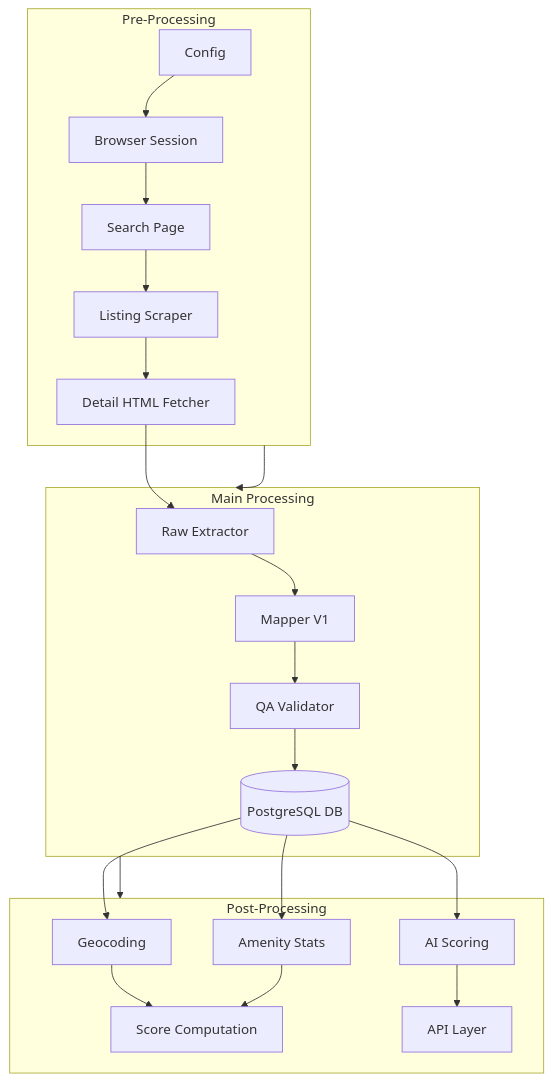
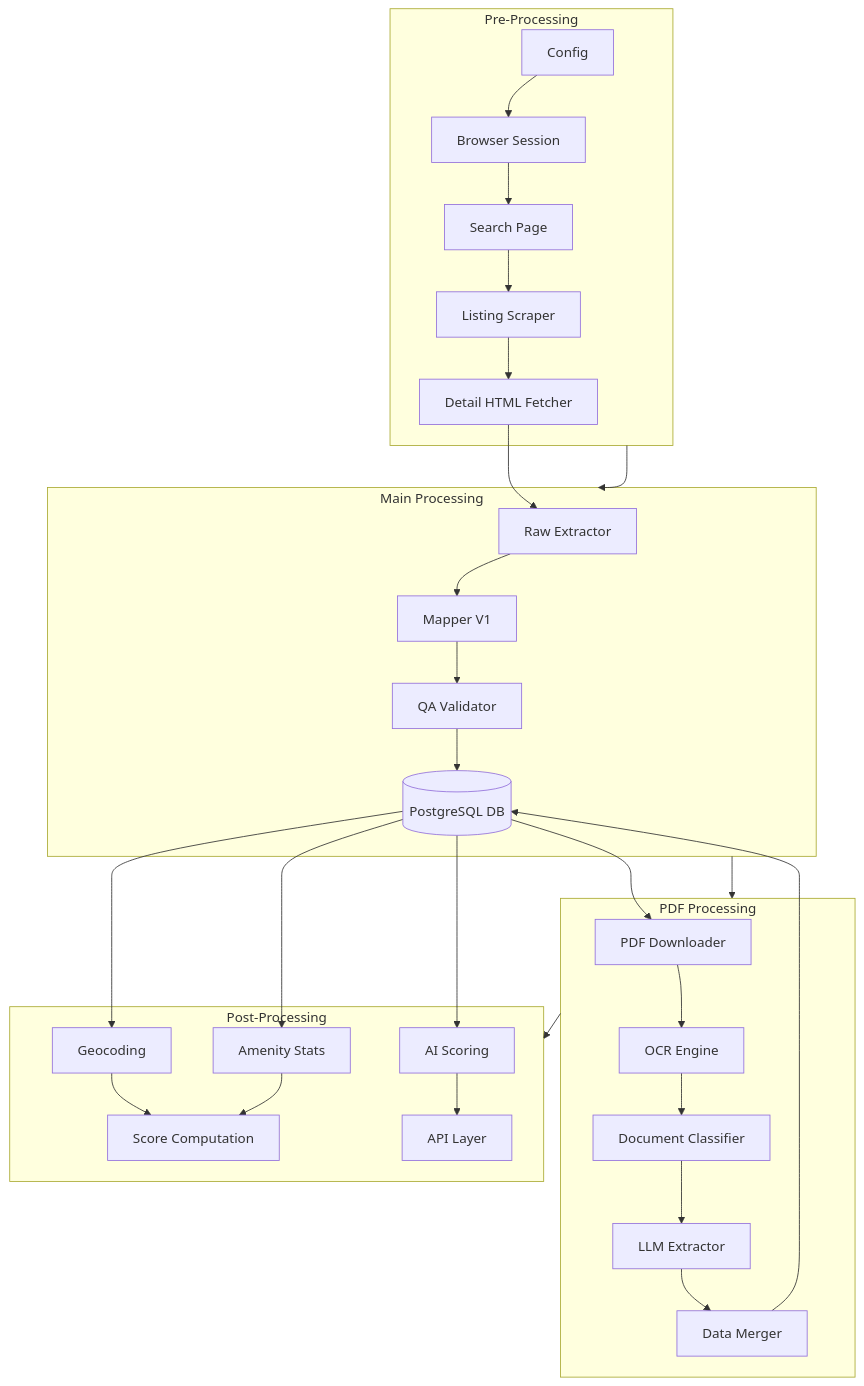
Before and after one commit to sakettamrakar/realmap: the diagram in docs/02-technical/orchestration/orchestration_overview.md, drawn with Mermaid. The commit also changed other lines of this file and 195 other files, not shown here.

````diff
--- a/docs/02-technical/orchestration/orchestration_overview.md
+++ b/docs/02-technical/orchestration/orchestration_overview.md
@@ -36,26 +41,35 @@
 ```mermaid
 graph TD
     subgraph PRE[Pre-Processing]
         A[Config] --> B[Browser Session]
         B --> C[Search Page]
         C --> D[Listing Scraper]
         D --> E[Detail HTML Fetcher]
     end
 
     subgraph MAIN[Main Processing]
         E --> F[Raw Extractor]
         F --> G[Mapper V1]
         G --> H[QA Validator]
         H --> I[(PostgreSQL DB)]
     end
 
+    subgraph PDF[PDF Processing]
+        I --> O[PDF Downloader]
+        O --> P[OCR Engine]
+        P --> Q[Document Classifier]
+        Q --> R[LLM Extractor]
+        R --> S[Data Merger]
+        S --> I
+    end
+
     subgraph POST[Post-Processing]
         I --> J[Geocoding]
         I --> K[Amenity Stats]
         J & K --> L[Score Computation]
         I --> M[AI Scoring]
         M --> N[API Layer]
     end
 
-    PRE --> MAIN --> POST
+    PRE --> MAIN --> PDF --> POST
 ```
````
